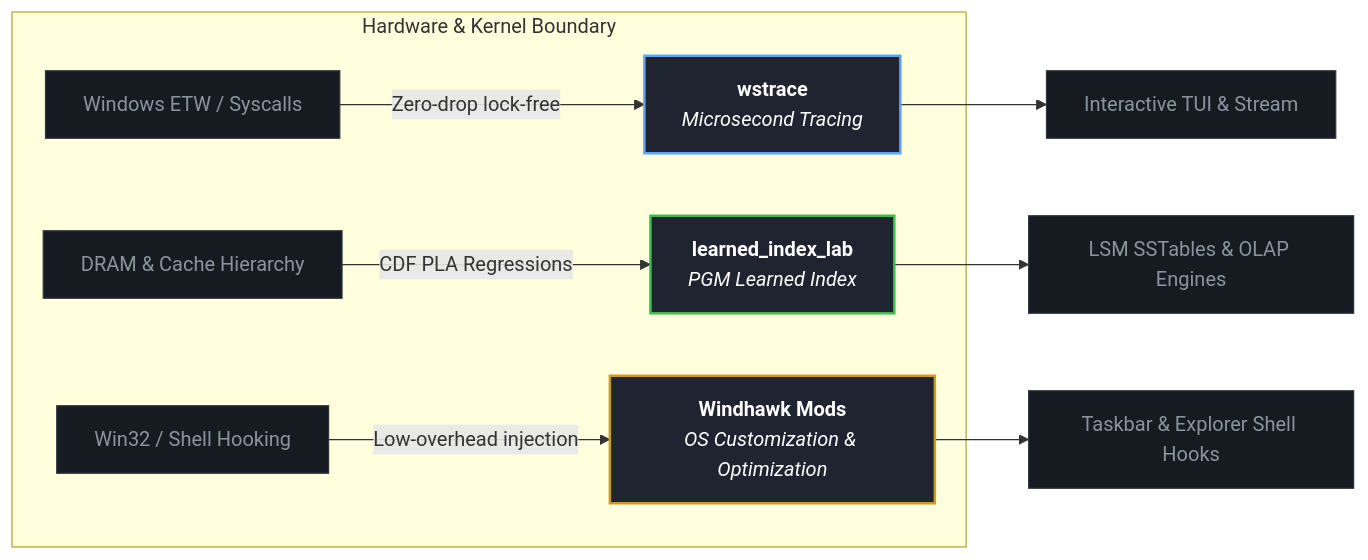
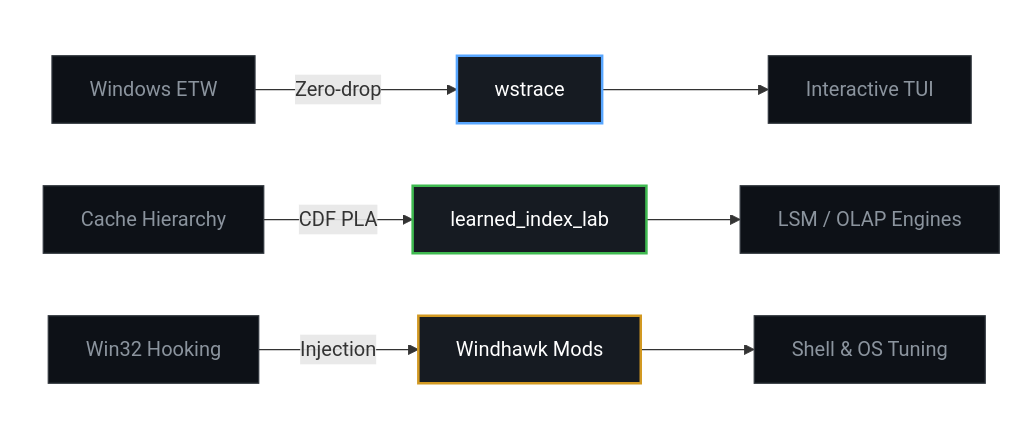
Before and after one commit to gilnett/gilnett: the diagram in README.md, drawn with Mermaid. The commit also changed other lines of this file, not shown here.

Commit message:
docs: add 3 layout options for live preview comparison

````diff
--- a/README.md
+++ b/README.md
@@ -23,26 +33,23 @@
 ```mermaid
 graph LR
-    subgraph "Hardware & Kernel Boundary"
-        ETW["Windows ETW / Syscalls"] -->|Zero-drop lock-free| WSTRACE["<b>wstrace</b><br/><i>Microsecond Tracing</i>"]
-        RAM["DRAM & Cache Hierarchy"] -->|CDF PLA Regressions| PGM["<b>learned_index_lab</b><br/><i>PGM Learned Index</i>"]
-        HOOK["Win32 / Shell Hooking"] -->|Low-overhead injection| WINDHAWK["<b>Windhawk Mods</b><br/><i>OS Customization & Optimization</i>"]
+    subgraph S1[" "]
+        ETW["Windows ETW"] -->|Zero-drop| W["wstrace"]
+        RAM["Cache Hierarchy"] -->|CDF PLA| P["learned_index_lab"]
+        WIN["Win32 Hooking"] -->|Injection| M["Windhawk Mods"]
     end
 
-    WSTRACE --> TUI["Interactive TUI & Stream"]
-    PGM --> DB["LSM SSTables & OLAP Engines"]
-    WINDHAWK --> SHELL["Taskbar & Explorer Shell Hooks"]
+    W --> TUI["Interactive TUI"]
+    P --> DB["LSM / OLAP Engines"]
+    M --> OS["Shell & OS Tuning"]
 
-    click WSTRACE "https://github.com/gilnett/wstrace" "Open wstrace repo"
-    click PGM "https://github.com/gilnett/learned_index_lab" "Open learned_index_lab repo"
-    click WINDHAWK "https://windhawk.net" "Open Windhawk mods"
-
-    style WSTRACE fill:#1f2430,stroke:#58a6ff,stroke-width:2px,color:#fff
-    style PGM fill:#1f2430,stroke:#3fb950,stroke-width:2px,color:#fff
-    style WINDHAWK fill:#1f2430,stroke:#d29922,stroke-width:2px,color:#fff
-    style TUI fill:#161b22,stroke:#30363d,color:#8b949e
-    style DB fill:#161b22,stroke:#30363d,color:#8b949e
-    style SHELL fill:#161b22,stroke:#30363d,color:#8b949e
-    style ETW fill:#161b22,stroke:#30363d,color:#8b949e
-    style RAM fill:#161b22,stroke:#30363d,color:#8b949e
-    style HOOK fill:#161b22,stroke:#30363d,color:#8b949e
+    style S1 fill:none,stroke:none
+    style W fill:#161b22,stroke:#58a6ff,stroke-width:2px,color:#fff
+    style P fill:#161b22,stroke:#3fb950,stroke-width:2px,color:#fff
+    style M fill:#161b22,stroke:#d29922,stroke-width:2px,color:#fff
+    style ETW fill:#0d1117,stroke:#30363d,color:#8b949e
+    style RAM fill:#0d1117,stroke:#30363d,color:#8b949e
+    style WIN fill:#0d1117,stroke:#30363d,color:#8b949e
+    style TUI fill:#0d1117,stroke:#30363d,color:#8b949e
+    style DB fill:#0d1117,stroke:#30363d,color:#8b949e
+    style OS fill:#0d1117,stroke:#30363d,color:#8b949e
 ```
````
